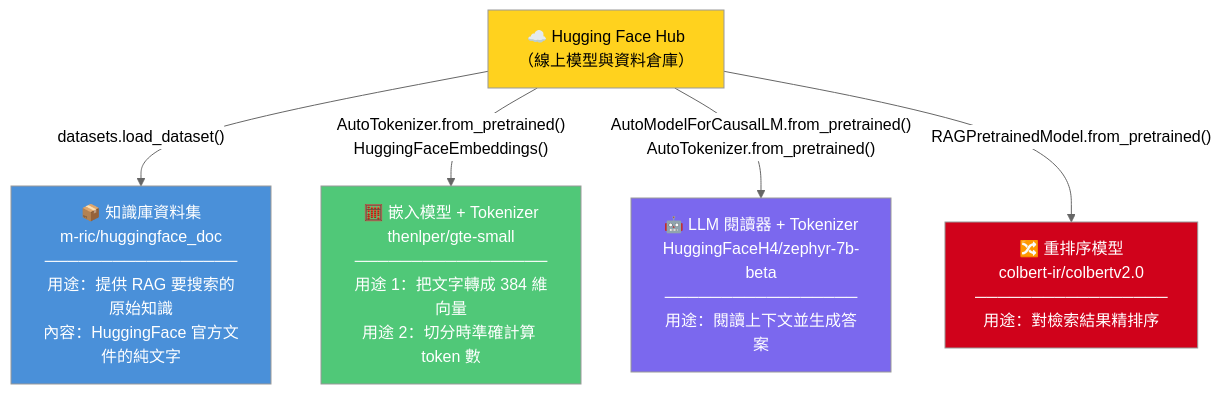
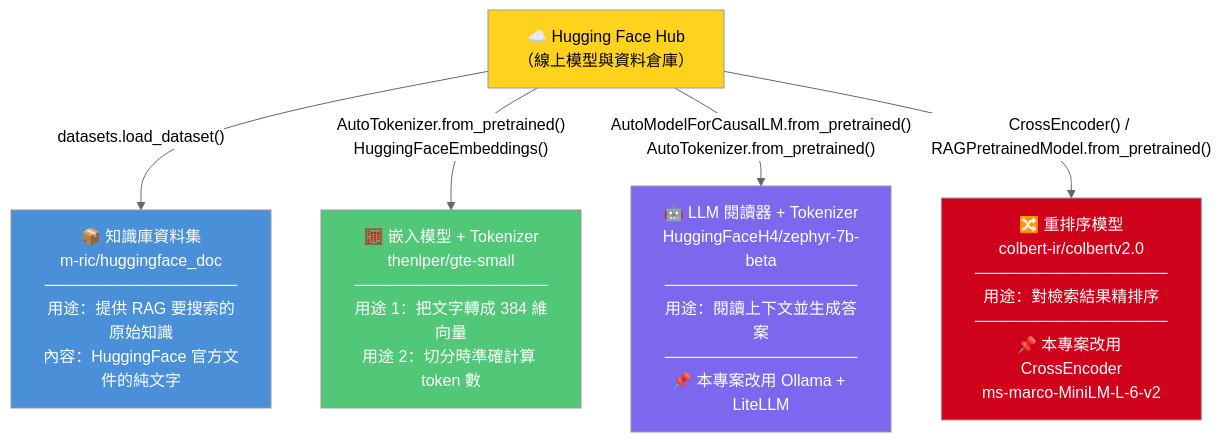
Before and after one commit to JoeW00/week6-advanced-rag: the ninth of 21 diagrams in docs/Advanced_RAG_Summary.md, drawn with Mermaid (neutral theme). The commit also changed other lines of this file and 5 other files, not shown here.

````diff
--- a/docs/Advanced_RAG_Summary.md
+++ b/docs/Advanced_RAG_Summary.md
@@ -501,18 +526,18 @@
 ```mermaid
 flowchart TD
     HF["☁️ Hugging Face Hub\n（線上模型與資料倉庫）"]
 
     HF -->|"datasets.load_dataset()"| DS["📦 知識庫資料集\nm-ric/huggingface_doc\n─────────────────\n用途：提供 RAG 要搜索的原始知識\n內容：HuggingFace 官方文件的純文字"]
 
     HF -->|"AutoTokenizer.from_pretrained()\nHuggingFaceEmbeddings()"| EM["🧮 嵌入模型 + Tokenizer\nthenlper/gte-small\n─────────────────\n用途 1：把文字轉成 384 維向量\n用途 2：切分時準確計算 token 數"]
 
-    HF -->|"AutoModelForCausalLM.from_pretrained()\nAutoTokenizer.from_pretrained()"| LLM["🤖 LLM 閱讀器 + Tokenizer\nHuggingFaceH4/zephyr-7b-beta\n─────────────────\n用途：閱讀上下文並生成答案"]
+    HF -->|"AutoModelForCausalLM.from_pretrained()\nAutoTokenizer.from_pretrained()"| LLM["🤖 LLM 閱讀器 + Tokenizer\nHuggingFaceH4/zephyr-7b-beta\n─────────────────\n用途：閱讀上下文並生成答案\n─────────────────\n📌 本專案改用 Ollama + LiteLLM"]
 
-    HF -->|"RAGPretrainedModel.from_pretrained()"| RR["🔀 重排序模型\ncolbert-ir/colbertv2.0\n─────────────────\n用途：對檢索結果精排序"]
+    HF -->|"CrossEncoder() / RAGPretrainedModel.from_pretrained()"| RR["🔀 重排序模型\ncolbert-ir/colbertv2.0\n─────────────────\n用途：對檢索結果精排序\n─────────────────\n📌 本專案改用 CrossEncoder\nms-marco-MiniLM-L-6-v2"]
 
     style HF fill:#FFD21E,color:#000
     style DS fill:#4A90D9,color:#fff
     style EM fill:#50C878,color:#fff
     style LLM fill:#7B68EE,color:#fff
     style RR fill:#D0021B,color:#fff
 ```
````
